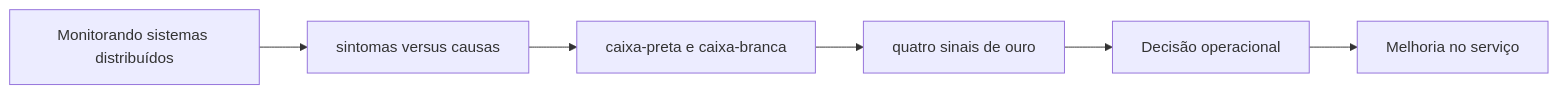
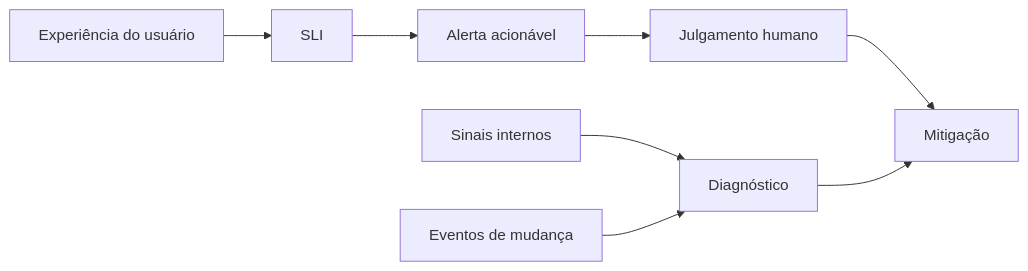
Before and after one commit to rafaelrezo/curso-engenharia-confiabilidade: the diagram in docs/capitulos/capitulo-04.md, drawn with Mermaid. The commit also changed other lines of this file and 4 other files, not shown here.

````diff
--- a/docs/capitulos/capitulo-04.md
+++ b/docs/capitulos/capitulo-04.md
@@ -66,8 +78,10 @@
 ```mermaid
 flowchart LR
-    Tema["Monitorando sistemas distribuídos"] --> C1["sintomas versus causas"]
-    C1 --> C2["caixa-preta e caixa-branca"]
-    C2 --> C3["quatro sinais de ouro"]
-    C3 --> Decisao["Decisão operacional"]
-    Decisao --> Acao["Melhoria no serviço"]
+    User["Experiência do usuário"] --> SLI["SLI"]
+    SLI --> Alert["Alerta acionável"]
+    Alert --> Human["Julgamento humano"]
+    Internal["Sinais internos"] --> Diagnosis["Diagnóstico"]
+    Deploy["Eventos de mudança"] --> Diagnosis
+    Human --> Mitigation["Mitigação"]
+    Diagnosis --> Mitigation
 ```
````
